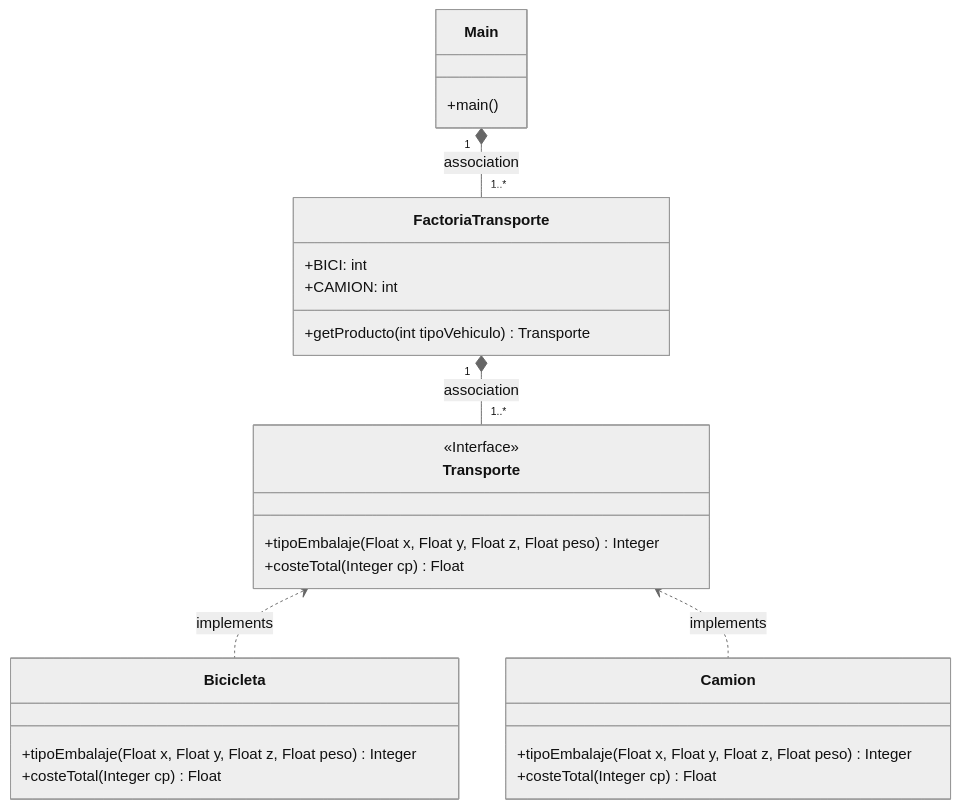
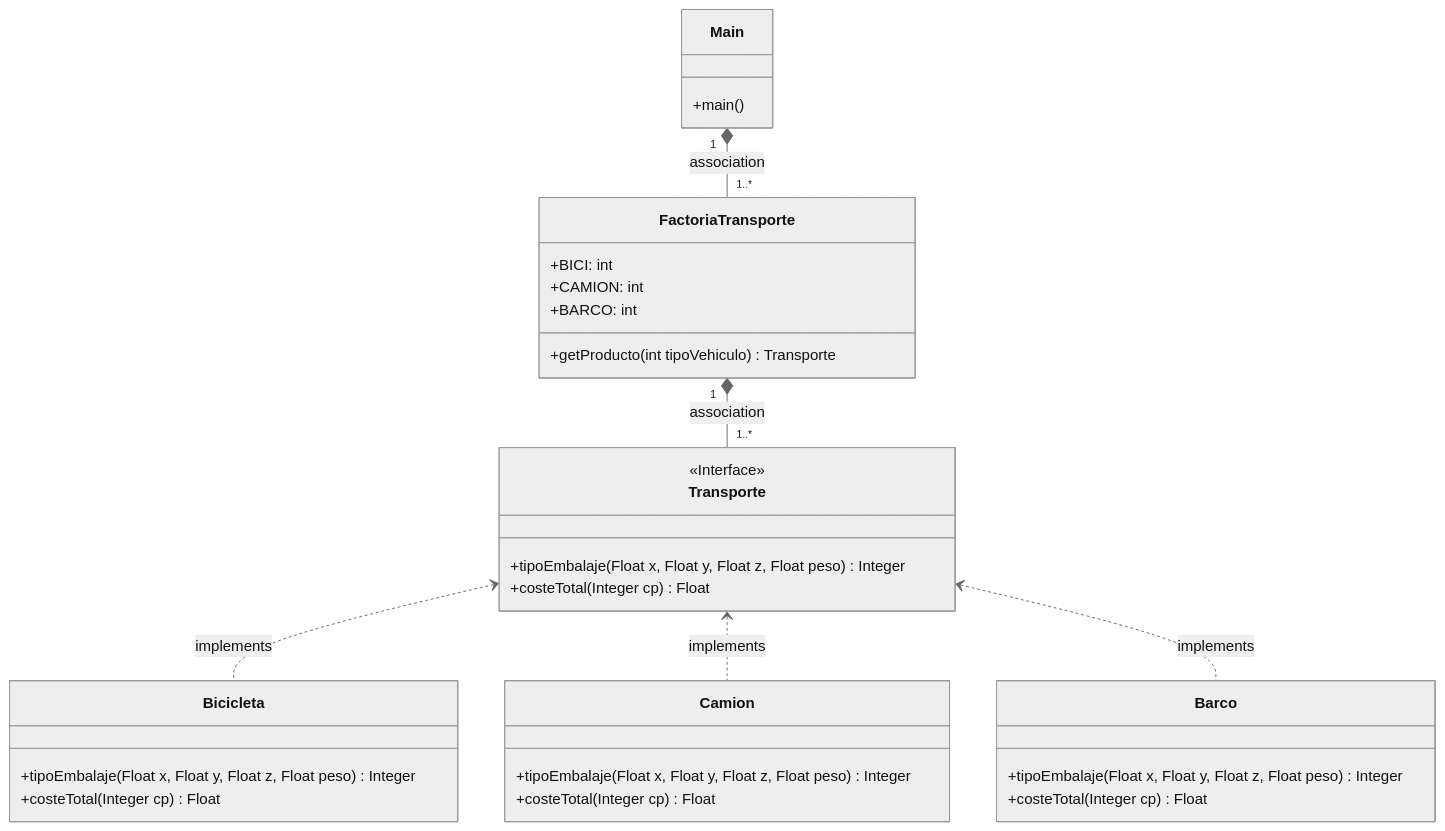
One commit to sram-daw/patron-factory changed the diagram in README.md. Above: the diagram before and after it, drawn with Mermaid (neutral theme). The commit also changed other lines of this file and 2 other files, not shown here.

````diff
--- a/README.md
+++ b/README.md
@@ -20,22 +25,26 @@
 ```mermaid
 classDiagram
 Transporte <.. Bicicleta : implements
 Transporte <.. Camion : implements
+Transporte <.. Barco : implements
 class Transporte{ +tipoEmbalaje(Float x, Float y, Float z, Float peso)Integer
  +costeTotal(Integer cp)Float}
 <<Interface>> Transporte
 Main "1" *-- "1..*" FactoriaTransporte : association
 class Main{
 +main()
 }
 class FactoriaTransporte{
 +BICI: int
 +CAMION: int
++BARCO: int
 +getProducto(int tipoVehiculo)Transporte
 }
 FactoriaTransporte "1" *-- "1..*" Transporte : association
 class Bicicleta {+tipoEmbalaje(Float x, Float y, Float z, Float peso)Integer
  +costeTotal(Integer cp)Float}
 class Camion {+tipoEmbalaje(Float x, Float y, Float z, Float peso)Integer
  +costeTotal(Integer cp)Float} 
+class Barco {+tipoEmbalaje(Float x, Float y, Float z, Float peso)Integer
+ +costeTotal(Integer cp)Float}  
 ```      
````
